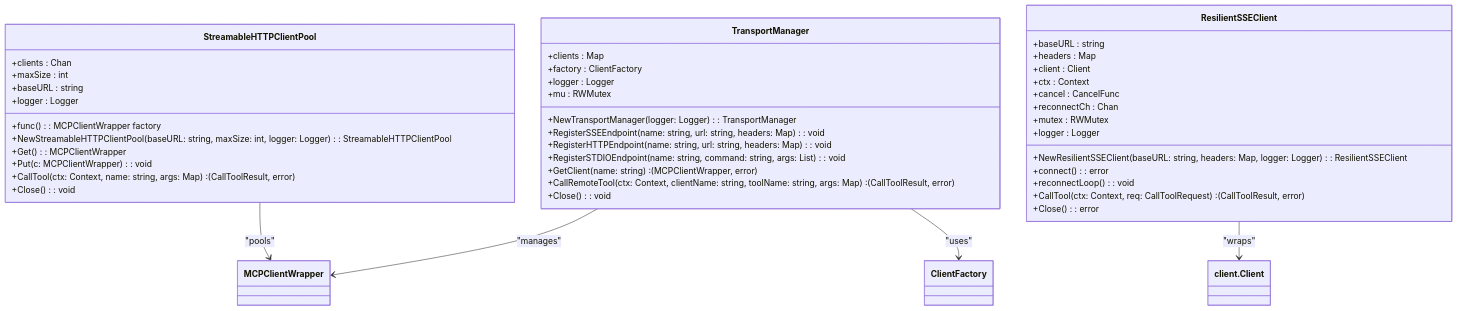
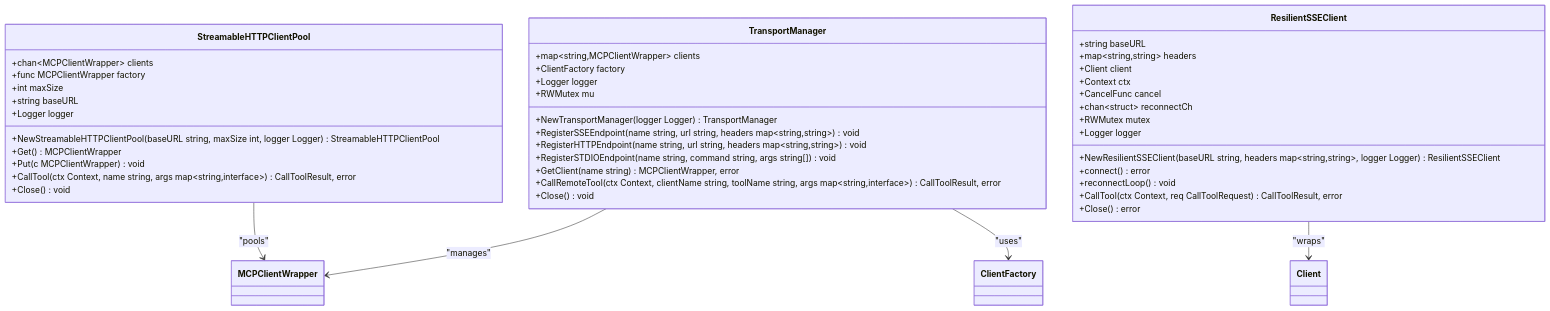
The fourth of 9 diagrams in docs/Architecture Overview/Model Context Protocol (MCP) Integration/MCP Server Implementation.md (prxs-ai/praxis-go-sdk), drawn with Mermaid before and after one commit. The commit also changed other lines of this file and 33 other files, not shown here.

````diff
--- a/docs/Architecture Overview/Model Context Protocol (MCP) Integration/MCP Server Implementation.md
+++ b/docs/Architecture Overview/Model Context Protocol (MCP) Integration/MCP Server Implementation.md
@@ -169,47 +170,47 @@
 ```mermaid
 classDiagram
 class TransportManager {
-+clients : Map<string, MCPClientWrapper>
-+factory : ClientFactory
-+logger : Logger
-+mu : RWMutex
-+NewTransportManager(logger: Logger) : TransportManager
-+RegisterSSEEndpoint(name: string, url: string, headers: Map<string, string>) : void
-+RegisterHTTPEndpoint(name: string, url: string, headers: Map<string, string>) : void
-+RegisterSTDIOEndpoint(name: string, command: string, args: List<string>) : void
-+GetClient(name: string) : (MCPClientWrapper, error)
-+CallRemoteTool(ctx: Context, clientName: string, toolName: string, args: Map<string, interface>) : (CallToolResult, error)
-+Close() : void
++map~string,MCPClientWrapper~ clients
++ClientFactory factory
++Logger logger
++RWMutex mu
++NewTransportManager(logger Logger) TransportManager
++RegisterSSEEndpoint(name string, url string, headers map~string,string~) void
++RegisterHTTPEndpoint(name string, url string, headers map~string,string~) void
++RegisterSTDIOEndpoint(name string, command string, args string[]) void
++GetClient(name string) MCPClientWrapper, error
++CallRemoteTool(ctx Context, clientName string, toolName string, args map~string,interface~) CallToolResult, error
++Close() void
 }
 class ResilientSSEClient {
-+baseURL : string
-+headers : Map<string, string>
-+client : Client
-+ctx : Context
-+cancel : CancelFunc
-+reconnectCh : Chan<struct>
-+mutex : RWMutex
-+logger : Logger
-+NewResilientSSEClient(baseURL: string, headers: Map<string, string>, logger: Logger) : ResilientSSEClient
-+connect() : error
-+reconnectLoop() : void
-+CallTool(ctx: Context, req: CallToolRequest) : (CallToolResult, error)
-+Close() : error
++string baseURL
++map~string,string~ headers
++Client client
++Context ctx
++CancelFunc cancel
++chan~struct~ reconnectCh
++RWMutex mutex
++Logger logger
++NewResilientSSEClient(baseURL string, headers map~string,string~, logger Logger) ResilientSSEClient
++connect() error
++reconnectLoop() void
++CallTool(ctx Context, req CallToolRequest) CallToolResult, error
++Close() error
 }
 class StreamableHTTPClientPool {
-+clients : Chan<MCPClientWrapper>
-+func() : MCPClientWrapper factory
-+maxSize : int
-+baseURL : string
-+logger : Logger
-+NewStreamableHTTPClientPool(baseURL: string, maxSize: int, logger: Logger) : StreamableHTTPClientPool
-+Get() : MCPClientWrapper
-+Put(c: MCPClientWrapper) : void
-+CallTool(ctx: Context, name: string, args: Map<string, interface>) : (CallToolResult, error)
-+Close() : void
++chan~MCPClientWrapper~ clients
++func MCPClientWrapper factory
++int maxSize
++string baseURL
++Logger logger
++NewStreamableHTTPClientPool(baseURL string, maxSize int, logger Logger) StreamableHTTPClientPool
++Get() MCPClientWrapper
++Put(c MCPClientWrapper) void
++CallTool(ctx Context, name string, args map~string,interface~) CallToolResult, error
++Close() void
 }
 TransportManager --> MCPClientWrapper : "manages"
 TransportManager --> ClientFactory : "uses"
-ResilientSSEClient --> client.Client : "wraps"
+ResilientSSEClient --> Client : "wraps"
 StreamableHTTPClientPool --> MCPClientWrapper : "pools"
 ```
````
